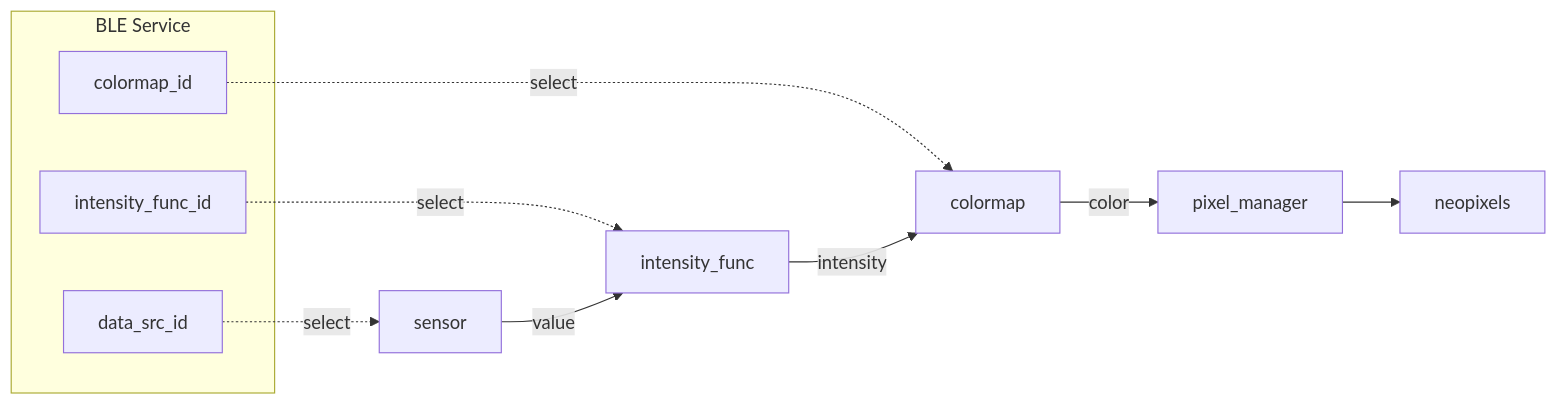
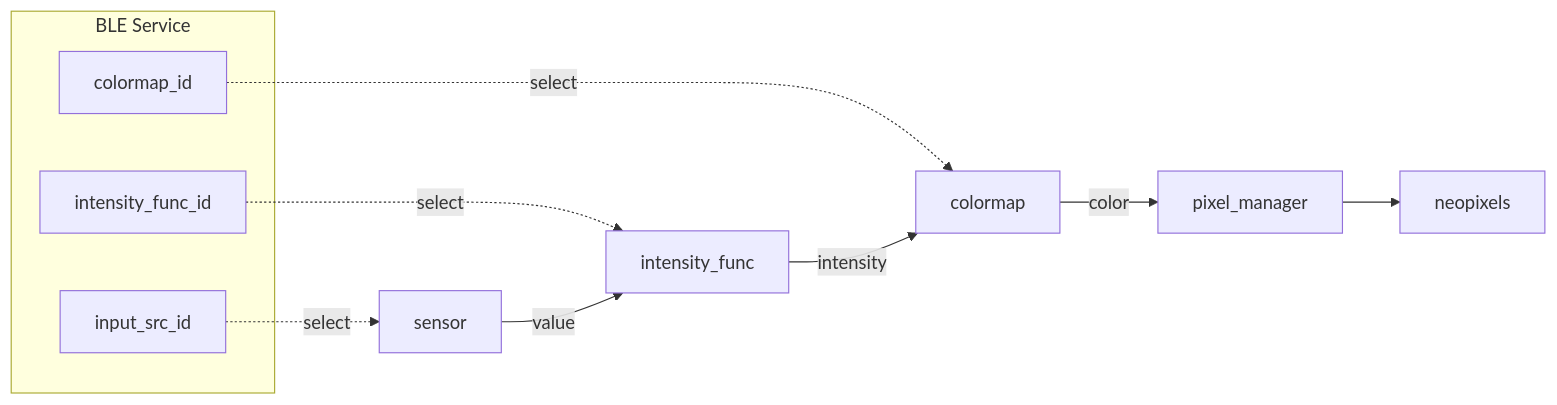
Before and after one commit to botamochi6277/Arduino-BLE-Neopixel-Controller: the diagram in README.md, drawn with Mermaid. The commit also changed other lines of this file, not shown here.

````diff
--- a/README.md
+++ b/README.md
@@ -9,16 +9,16 @@
 ```mermaid
 graph LR
 
 subgraph BLE Service
-  data_src_id
+  input_src_id
   intensity_func_id
   colormap_id
 end
 
-data_src_id-.->|select|sensor
+input_src_id-.->|select|sensor
 colormap_id-.->|select|colormap
 intensity_func_id-.->|select|intensity_func
 
 sensor-->|value|intensity_func-->|intensity|colormap-->|color|pixel_manager-->neopixels
 
 ```
````
